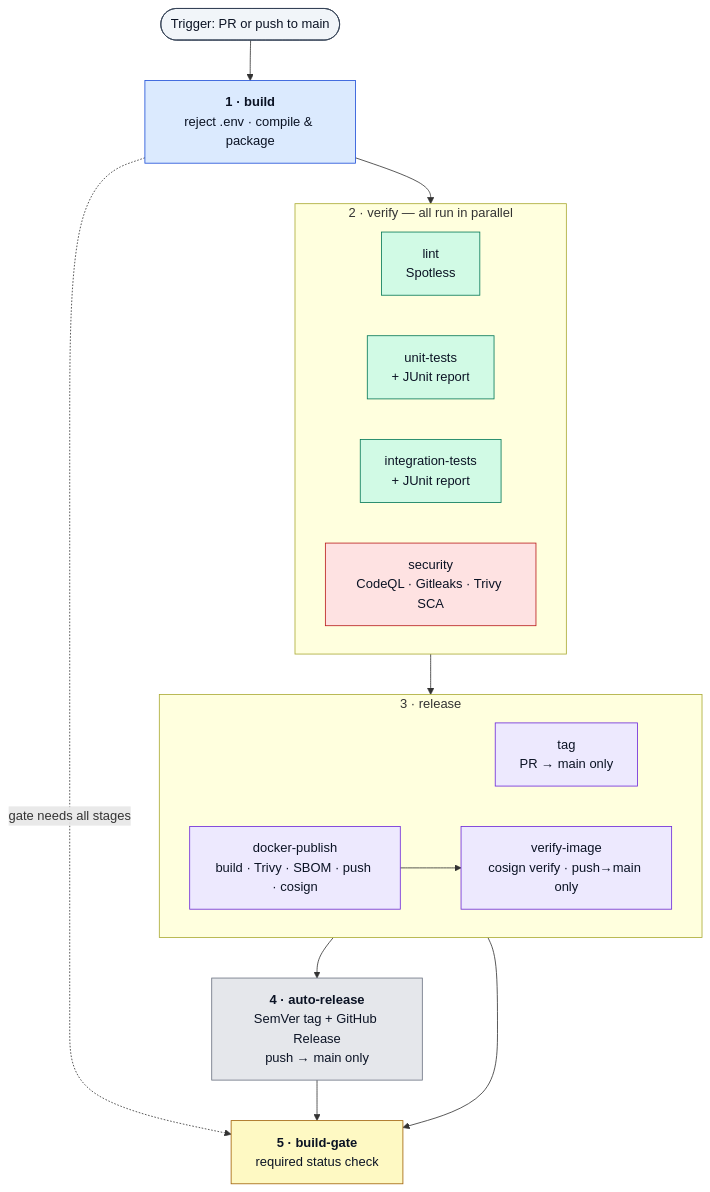
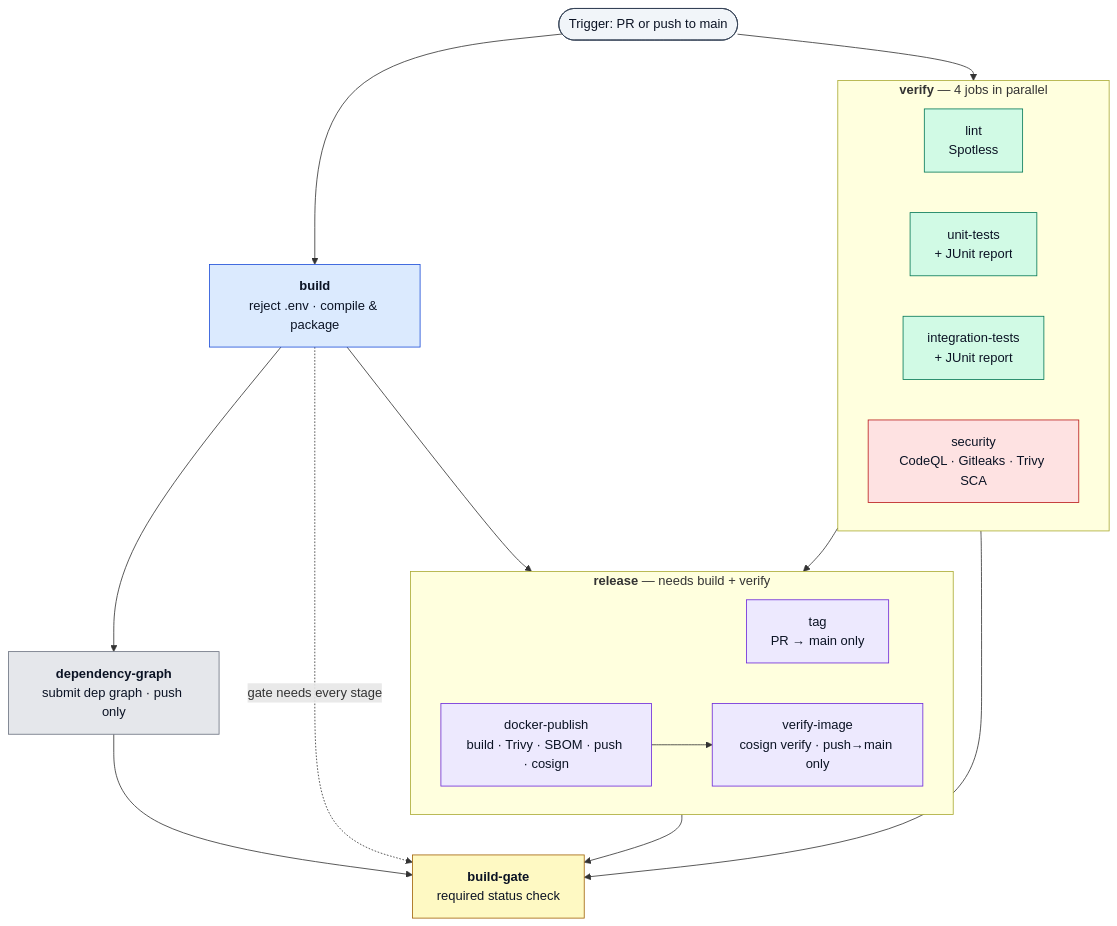
The diagram in README.md (pse-wtag/java-ci-cd-template), drawn with Mermaid before and after one commit. The commit also changed other lines of this file, not shown here.

````diff
--- a/README.md
+++ b/README.md
@@ -119,41 +118,44 @@
 ```mermaid
 flowchart TD
     T([Trigger: PR or push to main]):::trig
 
-    T --> B["<b>1 · build</b><br/>reject .env · compile &amp; package"]:::s1
+    B["<b>build</b><br/>reject .env · compile &amp; package"]:::s1
 
-    subgraph P2 ["2 · verify — all run in parallel"]
+    subgraph V ["<b>verify</b> — 4 jobs in parallel"]
         direction LR
         L["lint<br/>Spotless"]:::s2
         U["unit-tests<br/>+ JUnit report"]:::s2
         I["integration-tests<br/>+ JUnit report"]:::s2
         S["security<br/>CodeQL · Gitleaks · Trivy SCA"]:::s3
     end
 
-    subgraph P3 ["3 · release"]
+    DG["<b>dependency-graph</b><br/>submit dep graph · push only"]:::ind
+
+    subgraph R ["<b>release</b> — needs build + verify"]
         direction LR
         TG["tag<br/>PR → main only"]:::s4
         D["docker-publish<br/>build · Trivy · SBOM · push · cosign"]:::s4
-        V["verify-image<br/>cosign verify · push→main only"]:::s4
-        D --> V
+        VI["verify-image<br/>cosign verify · push→main only"]:::s4
+        D --> VI
     end
 
-    AR["<b>4 · auto-release</b><br/>SemVer tag + GitHub Release<br/>push → main only"]:::ind
+    G["<b>build-gate</b><br/>required status check"]:::s5
 
-    G["<b>5 · build-gate</b><br/>required status check"]:::s5
-
-    B --> P2
-    P2 --> P3
-    P3 --> AR
-    P3 --> G
-    AR --> G
-    B -. gate needs all stages .-> G
+    T --> B
+    T --> V
+    B --> DG
+    B --> R
+    V --> R
+    B -. gate needs every stage .-> G
+    DG --> G
+    V --> G
+    R --> G
 
     classDef trig fill:#f1f5f9,stroke:#334155,color:#0b1324;
     classDef s1 fill:#dbeafe,stroke:#1d4ed8,color:#0b1324;
     classDef s2 fill:#d1fae5,stroke:#047857,color:#0b1324;
     classDef s3 fill:#fee2e2,stroke:#b91c1c,color:#0b1324;
     classDef s4 fill:#ede9fe,stroke:#6d28d9,color:#0b1324;
     classDef s5 fill:#fef9c3,stroke:#a16207,color:#0b1324;
     classDef ind fill:#e5e7eb,stroke:#6b7280,color:#0b1324;
 ```
````
